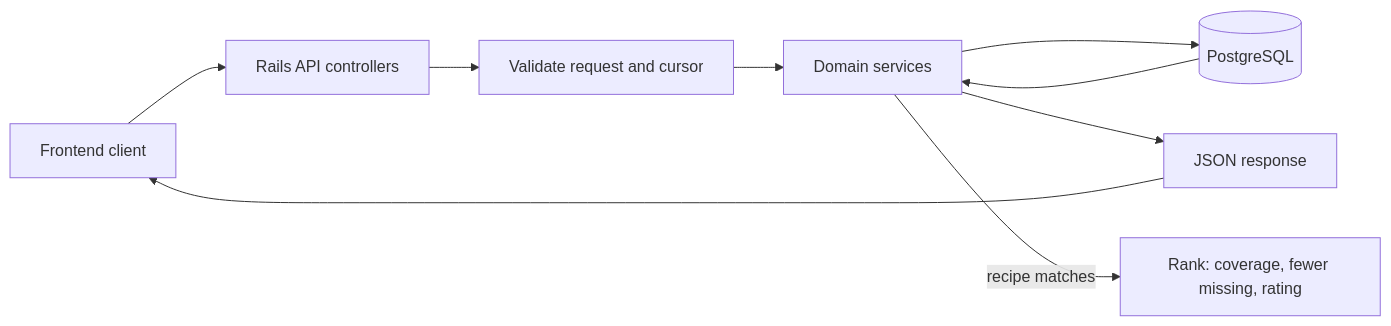
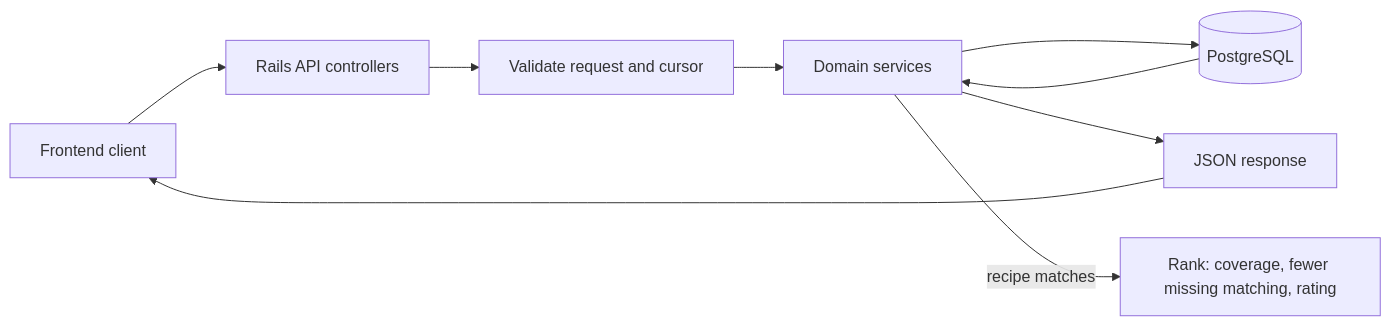
Before and after one commit to girls-incode/meal-planner: the second of 2 diagrams in README.md, drawn with Mermaid. The commit also changed other lines of this file and 39 other files, not shown here.

````diff
--- a/README.md
+++ b/README.md
@@ -48,12 +36,12 @@
 ```mermaid
 flowchart LR
   C[Frontend client] --> R[Rails API controllers]
   R --> V[Validate request and cursor]
   V --> S[Domain services]
   S --> DB[(PostgreSQL)]
   DB --> S
   S --> J[JSON response]
   J --> C
 
-  S -->|recipe matches| X[Rank: coverage, fewer missing, rating]
+  S -->|recipe matches| X[Rank: coverage, fewer missing matching, rating]
 ```
````
